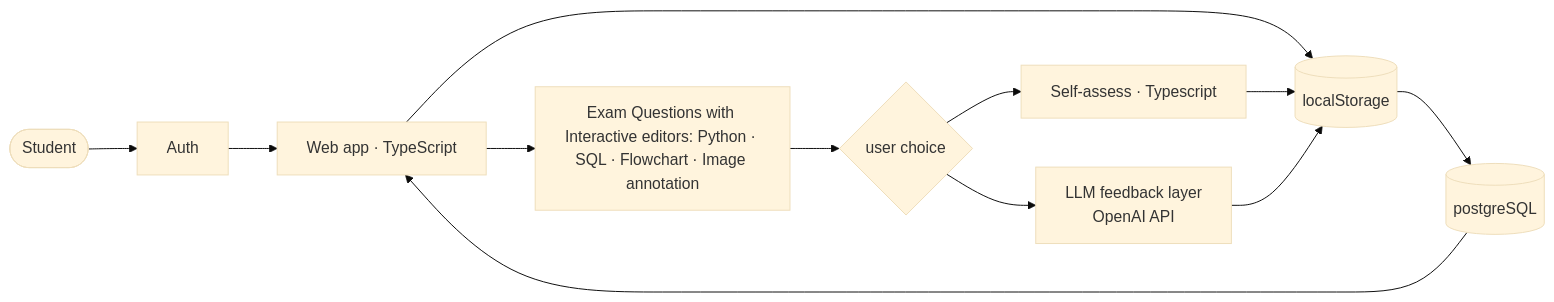
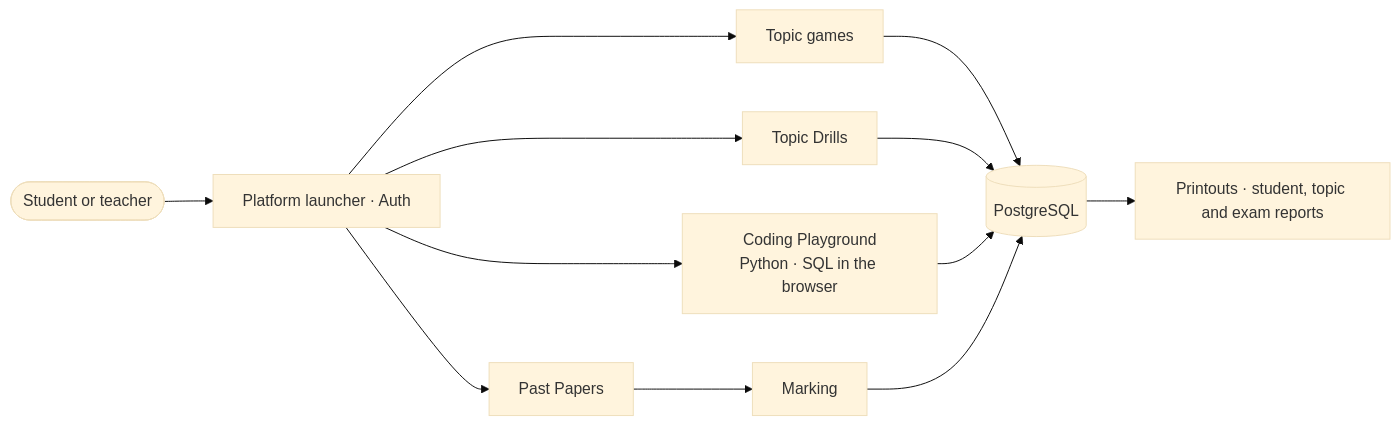
Before and after one commit to lmcrean/lmcrean: the diagram in ReadMe.md, drawn with Mermaid (base theme). The commit also changed other lines of this file, not shown here.

Commit message:
Refresh comp.school section with current features, screenshots and flowchart
Claude-Session: https://claude.ai/code/session_0138t8h4ff7p8ndgCNqntSox

````diff
--- a/ReadMe.md
+++ b/ReadMe.md
@@ -22,14 +28,14 @@
 ```mermaid
 flowchart LR
-    Student([Student]) --> Auth[Auth]
-    Auth --> App[Web app · TypeScript]
-    App --> Editors["Exam Questions with <br>Interactive editors: Python · SQL · Flowchart · Image annotation"]
-    App --> DB[(localStorage)]
-    DB[(localStorage)] --> DB2[(postgreSQL)]
-    Editors --> ASS{user choice}
-    ASS --> LLM["LLM feedback layer<br/>OpenAI API"]
-    ASS --> SA["Self-assess · Typescript"]
-    SA --> DB
-    LLM --> DB
-    DB2 --> App
+    User([Student or teacher]) --> Platform[Platform launcher · Auth]
+    Platform --> Games[Topic games]
+    Platform --> Drills[Topic Drills]
+    Platform --> Coding["Coding Playground<br/>Python · SQL in the browser"]
+    Platform --> Papers[Past Papers]
+    Papers --> Marking[Marking]
+    Games --> DB[(PostgreSQL)]
+    Drills --> DB
+    Coding --> DB
+    Marking --> DB
+    DB --> Printouts[Printouts · student, topic and exam reports]
 ```
````
